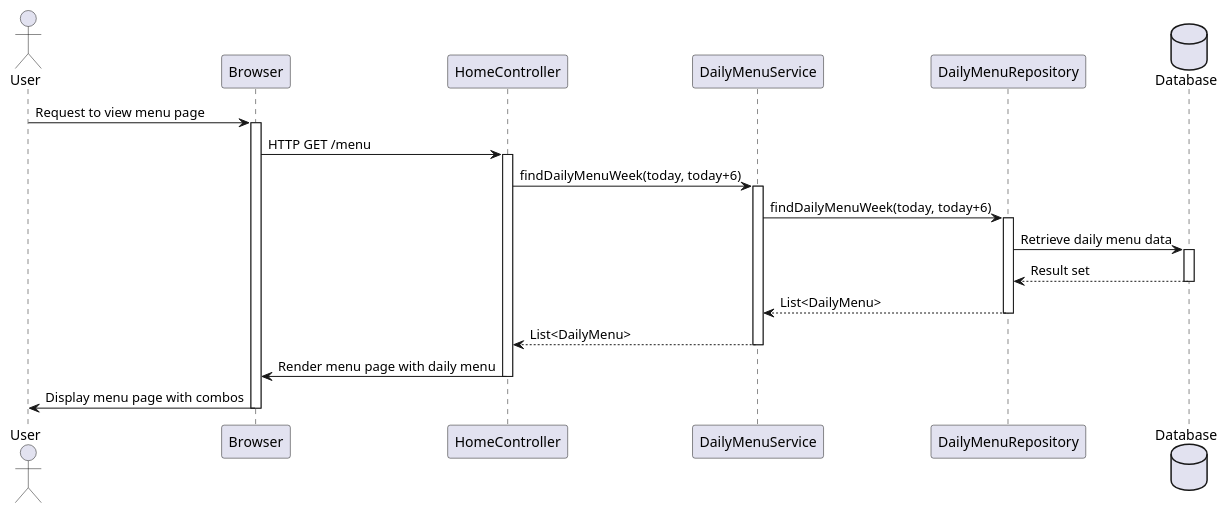
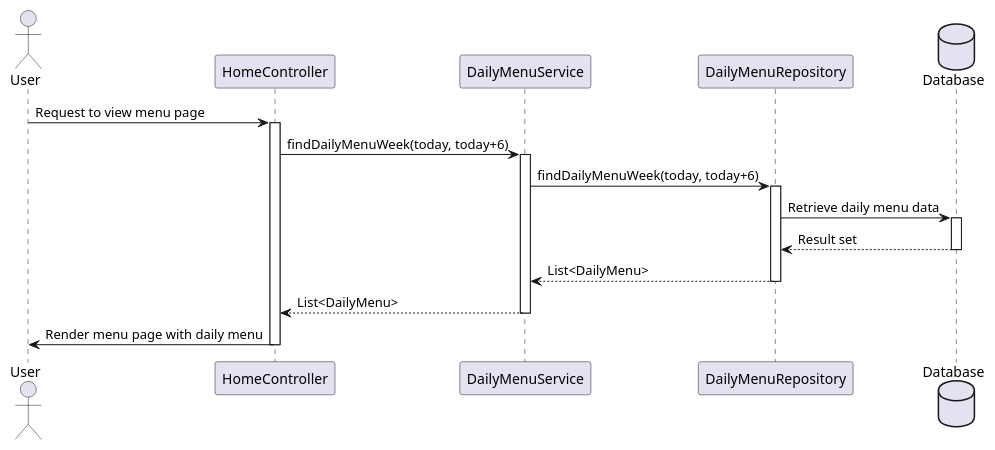
The diagram in sequence_diagram/UC2_ViewMenuPage.puml (thanhtung8903/nutrimeal), drawn with PlantUML before and after one commit. The commit also changed 9 other files, not shown here.

Commit message:
class diagram

```diff
--- a/sequence_diagram/UC2_ViewMenuPage.puml
+++ b/sequence_diagram/UC2_ViewMenuPage.puml
@@ -1,29 +1,25 @@
 @startuml
 actor User
-participant Browser
 participant HomeController
 participant DailyMenuService
 participant DailyMenuRepository
 database "Database" as Database
 
-User -> Browser: Request to view menu page
-activate Browser
-Browser -> HomeController: HTTP GET /menu
+User -> HomeController: Request to view menu page
 activate HomeController
 HomeController -> DailyMenuService: findDailyMenuWeek(today, today+6)
 activate DailyMenuService
 DailyMenuService -> DailyMenuRepository: findDailyMenuWeek(today, today+6)
 activate DailyMenuRepository
 DailyMenuRepository -> Database: Retrieve daily menu data
 activate Database
 Database --> DailyMenuRepository: Result set
 deactivate Database
 DailyMenuRepository --> DailyMenuService: List<DailyMenu>
 deactivate DailyMenuRepository
 DailyMenuService --> HomeController: List<DailyMenu>
 deactivate DailyMenuService
-HomeController -> Browser: Render menu page with daily menu
+HomeController -> User: Render menu page with daily menu
 deactivate HomeController
-Browser -> User: Display menu page with combos
-deactivate Browser
+
 @enduml
```
